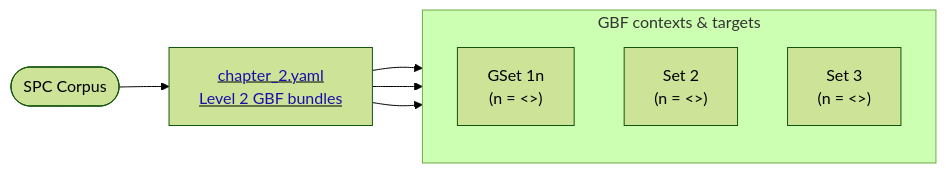
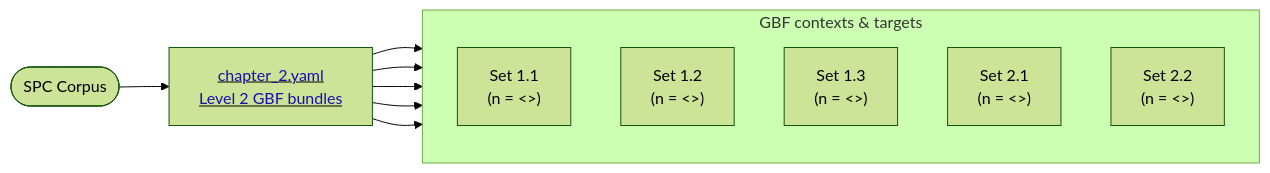
One commit to IPBES-Data/IPBES_SPC_Corpus changed the diagram in figures/chapter2.mmd. Above: the diagram before and after it, drawn with Mermaid (forest theme). The commit also changed 5 other files, not shown here.

```diff
--- a/figures/chapter2.mmd
+++ b/figures/chapter2.mmd
@@ -1,118 +1,124 @@
 %%{init: {'flowchart': {'htmlLabels': true}}}%%
 flowchart LR
     Start([SPC Corpus]) --> Ch2L2["<u><span style='color:#1a0dab;'>chapter_2.yaml<br/>Level 2 GBF bundles</span></u>"]
     click Ch2L2 "../search_terms/chapter_2.yaml" "Open chapter_2.yaml"
 
     subgraph Chapter2Sets["GBF contexts & targets"]
         direction TB
-        Set_1["GSet 1n<br/>(n = <<Set_1>>)"]
-        Set_2["Set 2<br/>(n = <<Set_2>>)"]
-        Set_3["Set 3<br/>(n = <<Set_3>>)"]
+        Set_11["Set 1.1<br/>(n = <<Set_11>>)"]
+        Set_12["Set 1.2<br/>(n = <<Set_12>>)"]
+        Set_13["Set 1.3<br/>(n = <<Set_13>>)"]
+        Set_21["Set 2.1<br/>(n = <<Set_21>>)"]
+        Set_22["Set 2.2<br/>(n = <<Set_22>>)"]
+        %% Set_3["Set 3<br/>(n = <<Set_3>>)"]
     end
-    Ch2L2 --> Set_1
-    Ch2L2 --> Set_2
-    Ch2L2 --> Set_3
+    Ch2L2 --> Set_11
+    Ch2L2 --> Set_12
+    Ch2L2 --> Set_13
+    Ch2L2 --> Set_21
+    Ch2L2 --> Set_22
+    %% Ch2L2 --> Set_3
 
     %% subgraph L1_TARGET["GBF contexts & targets"]
     %%     T3["Target 3<br/>(n = <<T3>>)"]
     %%     T4["Target 4<br/>(n = <<T4>>)"]
     %%     T5["Target 5<br/>(n = <<T5>>)"]
     %%     T6["Target 6<br/>(n = <<T6>>)"]
     %%     T7["Target 7<br/>(n = <<T7>>)"]
     %%     T8["Target 8<br/>(n = <<T8>>)"]
     %%     T9["Target 9<br/>(n = <<T9>>)"]
     %%     T10["Target 10<br/>(n = <<T10>>)"]
     %%     T11["Target 11<br/>(n = <<T11>>)"]
     %%     T12["Target 12<br/>(n = <<T12>>)"]
     %%     T13["Target 13<br/>(n = <<T13>>)"]
     %%     T14["Target 14<br/>(n = <<T14>>)"]
     %%     T15["Target 15<br/>(n = <<T15>>)"]
     %%     T16["Target 16<br/>(n = <<T16>>)"]
     %%     T17["Target 17<br/>(n = <<T17>>)"]
     %%     T18["Target 18<br/>(n = <<T18>>)"]
     %%     T19["Target 19<br/>(n = <<T19>>)"]
     %%     T20["Target 20<br/>(n = <<T20>>)"]
     %%     T21["Target 21<br/>(n = <<T21>>)"]
     %%     T22["Target 22<br/>(n = <<T22>>)"]
     %%     T23["Target 23<br/>(n = <<T23>>)"]
     %% end
     %% Ch2L2 --> T3
     %% Ch2L2 --> T4
     %% Ch2L2 --> T5
     %% Ch2L2 --> T6
     %% Ch2L2 --> T7
     %% Ch2L2 --> T8
     %% Ch2L2 --> T9
     %% Ch2L2 --> T10
     %% Ch2L2 --> T11
     %% Ch2L2 --> T12
     %% Ch2L2 --> T13
     %% Ch2L2 --> T14
     %% Ch2L2 --> T15
     %% Ch2L2 --> T16
     %% Ch2L2 --> T17
     %% Ch2L2 --> T18
     %% Ch2L2 --> T19
     %% Ch2L2 --> T20
     %% Ch2L2 --> T21
     %% Ch2L2 --> T22
     %% Ch2L2 --> T23
 
     %% subgraph L1_REL["Spatial Planning Related"]
     %%     REL["Spatial Planning Related<br/>(n = <<REL>>)"]
     %% end
     %% Ch2L2 --> REL
 
     %% subgraph L1_NexusSets["Nexus"]
     %%     direction TB
     %%     Nexus_Water["Water<br/>(n = <<Nexus_Water>>)"]
     %%     Nexus_Food["Food<br/>(n = <<Nexus_Food>>)"]
     %%     Nexus_Health["Health<br/>(n = <<Nexus_Health>>)"]
     %%     Nexus_Climate["Climate<br/>(n = <<Nexus_Climate>>)"]
     %% end
     %% Ch2L2 --> Nexus_Water
     %% Ch2L2 --> Nexus_Food
     %% Ch2L2 --> Nexus_Health
     %% Ch2L2 --> Nexus_Climate
 
     %% L1_GBF --> Ch2L4["<u><span style='color:#1a0dab;'>chapter_2_sdg.yaml<br/>Level 4 SDG filters</span></u>"]
     %% L1_NexusSets --> Ch2L4
     %% L1_REL --> Ch2L4
     %% click Ch2L4 "../search_terms/chapter_2_sdg.yaml" "Open chapter_2_sdg.yaml"
     %% subgraph SDGSets["SDG goal filters"]
     %%     direction TB
     %%     SDG1["SDG 1"]
     %%     SDG2["SDG 2"]
     %%     SDG3["SDG 3"]
     %%     SDG4["SDG 4"]
     %%     SDG5["SDG 5"]
     %%     SDG6["SDG 6"]
     %%     SDG7["SDG 7"]
     %%     SDG8["SDG 8"]
     %%     SDG9["SDG 9"]
     %%     SDG10["SDG 10"]
     %%     SDG11["SDG 11"]
     %%     SDG12["SDG 12"]
     %%     SDG13["SDG 13"]
     %%     SDG14["SDG 14"]
     %%     SDG15["SDG 15"]
     %%     SDG16["SDG 16"]
     %%     SDG17["SDG 17"]
     %% end
     %% Ch2L4 --> SDG1
     %% Ch2L4 --> SDG2
     %% Ch2L4 --> SDG3
     %% Ch2L4 --> SDG4
     %% Ch2L4 --> SDG5
     %% Ch2L4 --> SDG6
     %% Ch2L4 --> SDG7
     %% Ch2L4 --> SDG8
     %% Ch2L4 --> SDG9
     %% Ch2L4 --> SDG10
     %% Ch2L4 --> SDG11
     %% Ch2L4 --> SDG12
     %% Ch2L4 --> SDG13
     %% Ch2L4 --> SDG14
     %% Ch2L4 --> SDG15
     %% Ch2L4 --> SDG16
     %% Ch2L4 --> SDG17
```
